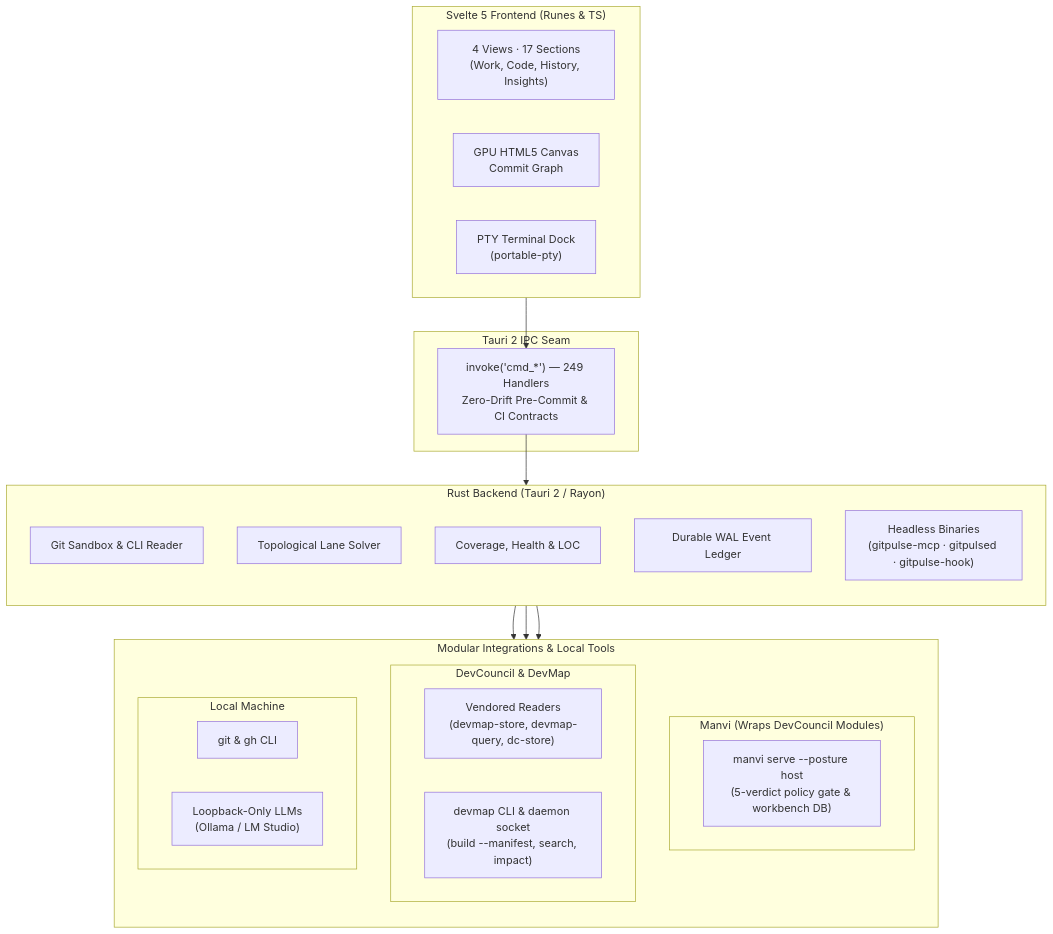
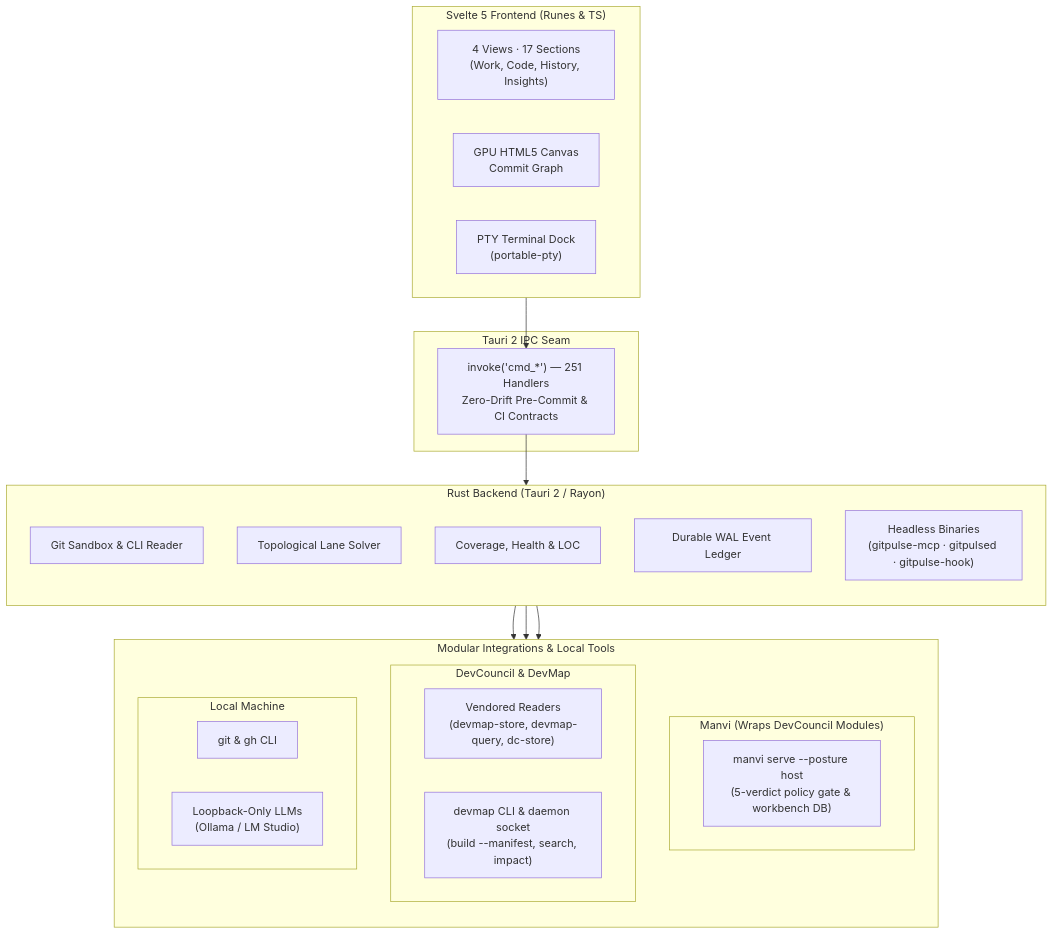
One commit to bharathvbcr/GitPulse changed the diagram in README.md. Above: the diagram before and after it, drawn with Mermaid. The commit also changed 14 other files, not shown here.

````diff
--- a/README.md
+++ b/README.md
@@ -116,43 +116,43 @@
 ```mermaid
 flowchart TB
     subgraph Frontend["Svelte 5 Frontend (Runes & TS)"]
         direction LR
         Views["4 Views · 17 Sections<br/>(Work, Code, History, Insights)"]
         Canvas["GPU HTML5 Canvas<br/>Commit Graph"]
         TerminalDock["PTY Terminal Dock<br/>(portable-pty)"]
     end
 
     subgraph IPC["Tauri 2 IPC Seam"]
-        Bridge["invoke('cmd_*') — 249 Handlers<br/>Zero-Drift Pre-Commit & CI Contracts"]
+        Bridge["invoke('cmd_*') — 251 Handlers<br/>Zero-Drift Pre-Commit & CI Contracts"]
     end
 
     subgraph Backend["Rust Backend (Tauri 2 / Rayon)"]
         direction TB
         GitEngine["Git Sandbox & CLI Reader"]
         LaneSolver["Topological Lane Solver"]
         Analyzers["Coverage, Health & LOC"]
         Ledger["Durable WAL Event Ledger"]
         Headless["Headless Binaries<br/>(gitpulse-mcp · gitpulsed · gitpulse-hook)"]
     end
 
     subgraph Integrations["Modular Integrations & Local Tools"]
         direction TB
         subgraph ManviWrap["Manvi (Wraps DevCouncil Modules)"]
             ManviSidecar["manvi serve --posture host<br/>(5-verdict policy gate & workbench DB)"]
         end
         subgraph DevCouncilMods["DevCouncil & DevMap"]
             Vendored["Vendored Readers<br/>(devmap-store, devmap-query, dc-store)"]
             DevMapCLI["devmap CLI & daemon socket<br/>(build --manifest, search, impact)"]
         end
         subgraph LocalTools["Local Machine"]
             CLI["git & gh CLI"]
             LocalLLM["Loopback-Only LLMs<br/>(Ollama / LM Studio)"]
         end
     end
 
     Frontend --> Bridge
     Bridge --> Backend
     Backend --> ManviWrap
     Backend --> DevCouncilMods
     Backend --> LocalTools
 ```
````
